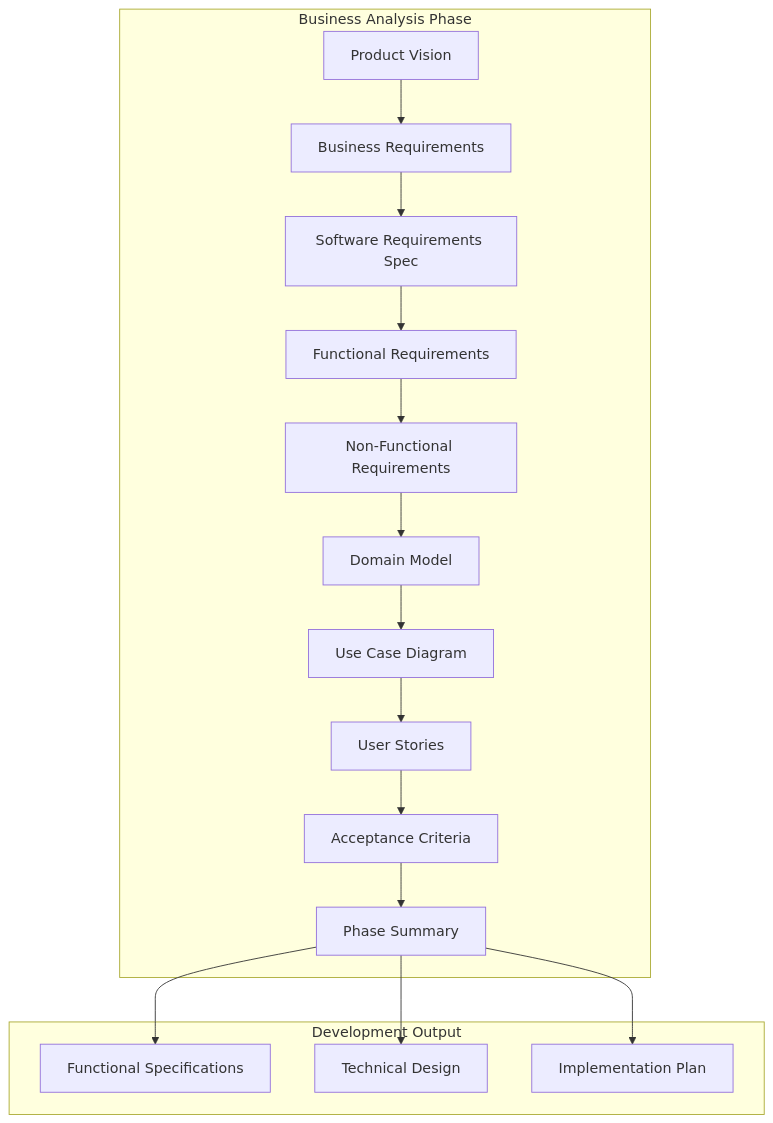
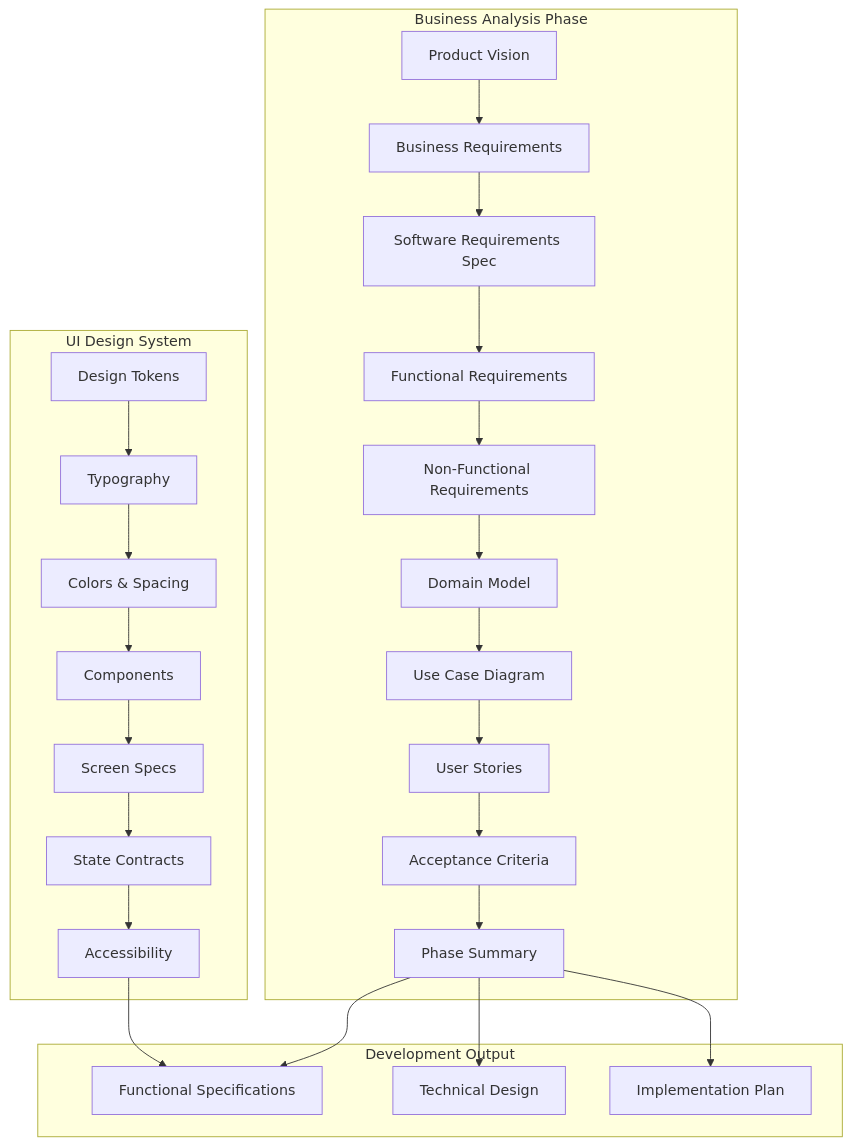
One commit to od3n/forecastiq changed the first of 8 diagrams in .qoder/repowiki/en/content/Functional Specifications.md. Above: the diagram before and after it, drawn with Mermaid. The commit also changed other lines of this file and 3 other files, not shown here.

````diff
--- a/.qoder/repowiki/en/content/Functional Specifications.md
+++ b/.qoder/repowiki/en/content/Functional Specifications.md
@@ -39,22 +60,31 @@
 ```mermaid
 graph TB
 subgraph "Business Analysis Phase"
 A[Product Vision] --> B[Business Requirements]
 B --> C[Software Requirements Spec]
 C --> D[Functional Requirements]
 D --> E[Non-Functional Requirements]
 E --> F[Domain Model]
 F --> G[Use Case Diagram]
 G --> H[User Stories]
 H --> I[Acceptance Criteria]
 I --> J[Phase Summary]
 end
+subgraph "UI Design System"
+K[Design Tokens] --> L[Typography]
+L --> M[Colors & Spacing]
+M --> N[Components]
+N --> O[Screen Specs]
+O --> P[State Contracts]
+P --> Q[Accessibility]
+end
 subgraph "Development Output"
-K[Functional Specifications]
-L[Technical Design]
-M[Implementation Plan]
+R[Functional Specifications]
+S[Technical Design]
+T[Implementation Plan]
 end
-J --> K
-J --> L
-J --> M
+J --> R
+J --> S
+J --> T
+Q --> R
 ```
````
